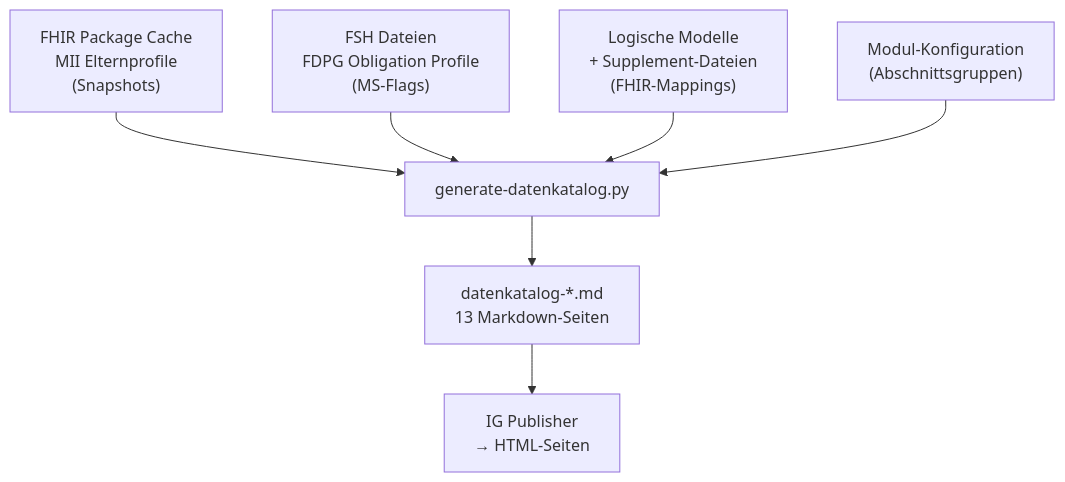
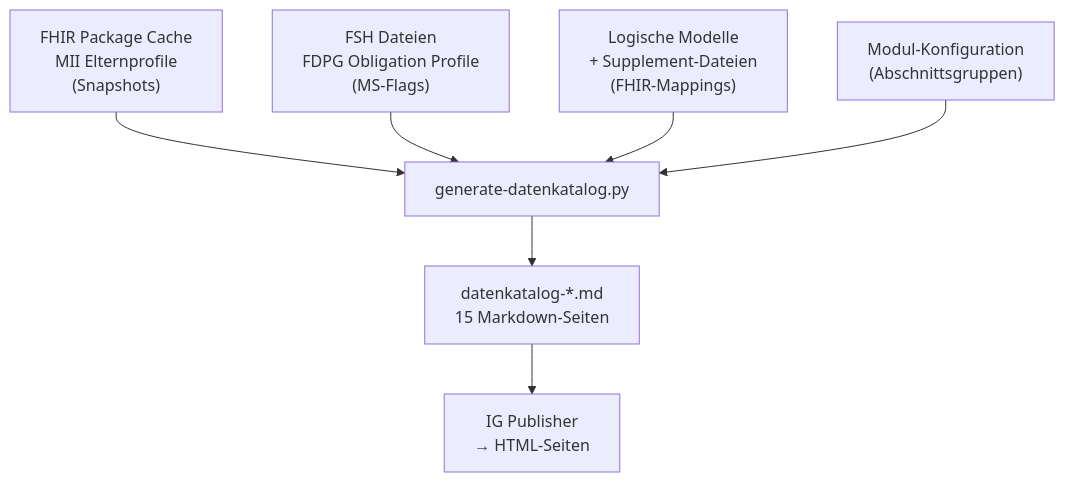
The third of 3 diagrams in reports/modulsprecher-report.md (medizininformatik-initiative/kds-fdpg-layer), drawn with Mermaid before and after one commit. The commit also changed other lines of this file and 2 other files, not shown here.

````diff
--- a/reports/modulsprecher-report.md
+++ b/reports/modulsprecher-report.md
@@ -72,9 +74,9 @@
 ```mermaid
 graph TD
   A["FHIR Package Cache<br/>MII Elternprofile<br/>(Snapshots)"] --> G["generate-datenkatalog.py"]
   B["FSH Dateien<br/>FDPG Obligation Profile<br/>(MS-Flags)"] --> G
   C["Logische Modelle<br/>+ Supplement-Dateien<br/>(FHIR-Mappings)"] --> G
   D["Modul-Konfiguration<br/>(Abschnittsgruppen)"] --> G
-  G --> E["datenkatalog-*.md<br/>13 Markdown-Seiten"]
+  G --> E["datenkatalog-*.md<br/>15 Markdown-Seiten"]
   E --> F["IG Publisher<br/>→ HTML-Seiten"]
 ```
````
